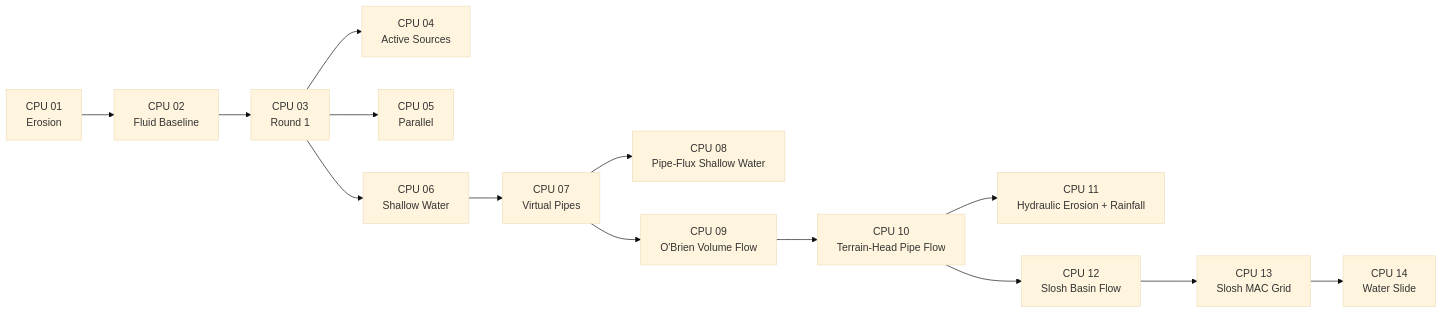
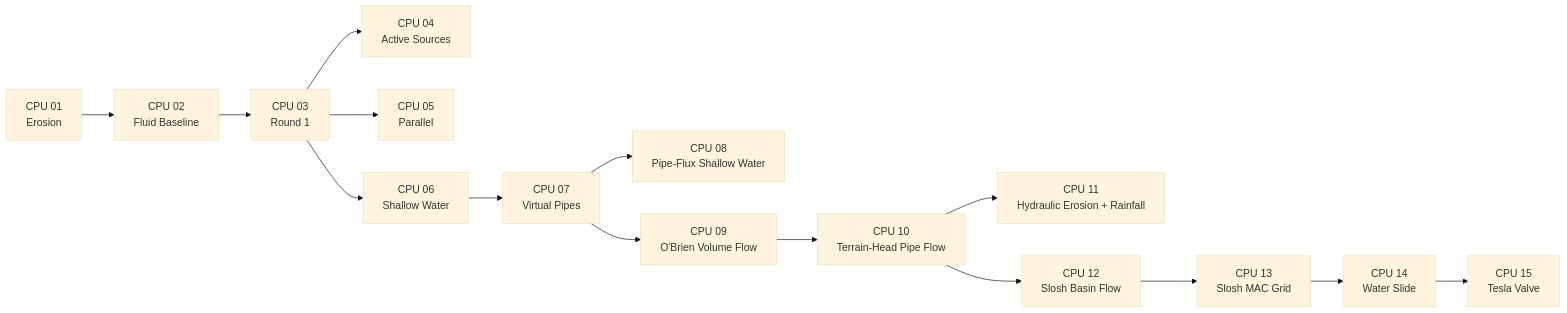
The second of 3 diagrams in projects/grannys-house-trials/subprojects/grass-field-003/LESSON_CATALOG.md (Dorian-Klingenberg/watershed), drawn with Mermaid (base theme) before and after one commit. The commit also changed other lines of this file and 3 other files, not shown here.

First line of the commit message:
Add CPU 15 Tesla Valve: bypass-loop geometry, motivates advection term

````diff
--- a/projects/grannys-house-trials/subprojects/grass-field-003/LESSON_CATALOG.md
+++ b/projects/grannys-house-trials/subprojects/grass-field-003/LESSON_CATALOG.md
@@ -177,16 +189,17 @@
 ```mermaid
 flowchart LR
     C1["CPU 01<br/>Erosion"] --> C2["CPU 02<br/>Fluid Baseline"]
     C2 --> C3["CPU 03<br/>Round 1"]
     C3 --> C4["CPU 04<br/>Active Sources"]
     C3 --> C5["CPU 05<br/>Parallel"]
     C3 --> C6["CPU 06<br/>Shallow Water"]
     C6 --> C7["CPU 07<br/>Virtual Pipes"]
     C7 --> C8["CPU 08<br/>Pipe-Flux Shallow Water"]
     C7 --> C9["CPU 09<br/>O'Brien Volume Flow"]
     C9 --> C10["CPU 10<br/>Terrain-Head Pipe Flow"]
     C10 --> C11["CPU 11<br/>Hydraulic Erosion + Rainfall"]
     C10 --> C12["CPU 12<br/>Slosh Basin Flow"]
     C12 --> C13["CPU 13<br/>Slosh MAC Grid"]
     C13 --> C14["CPU 14<br/>Water Slide"]
+    C14 --> C15["CPU 15<br/>Tesla Valve"]
 ```
````
